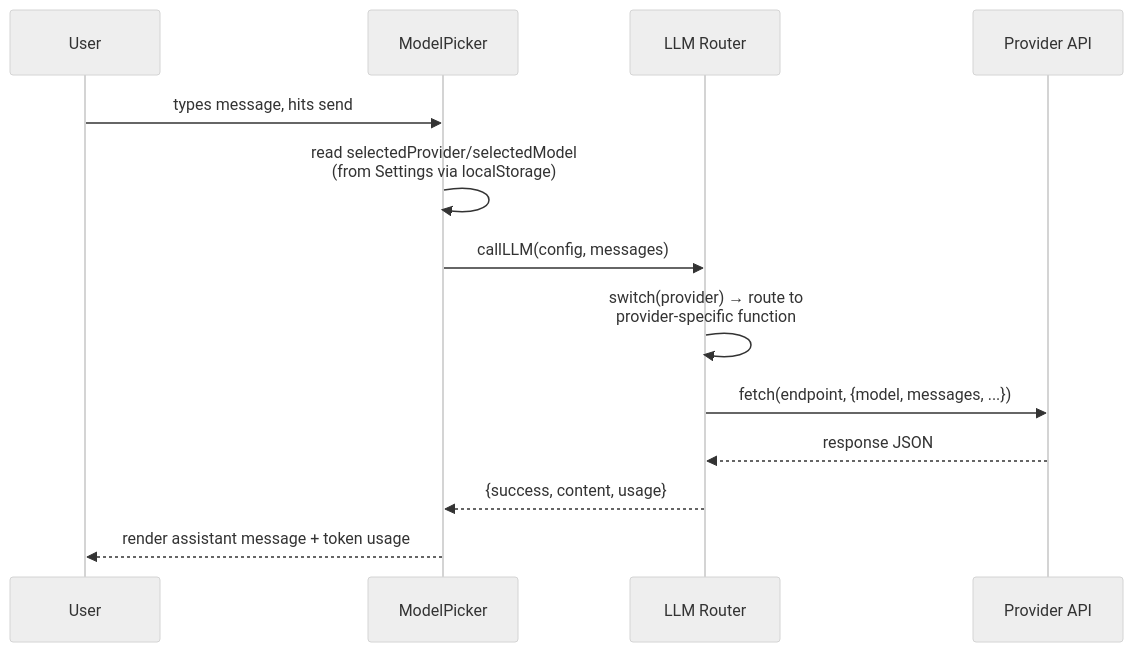
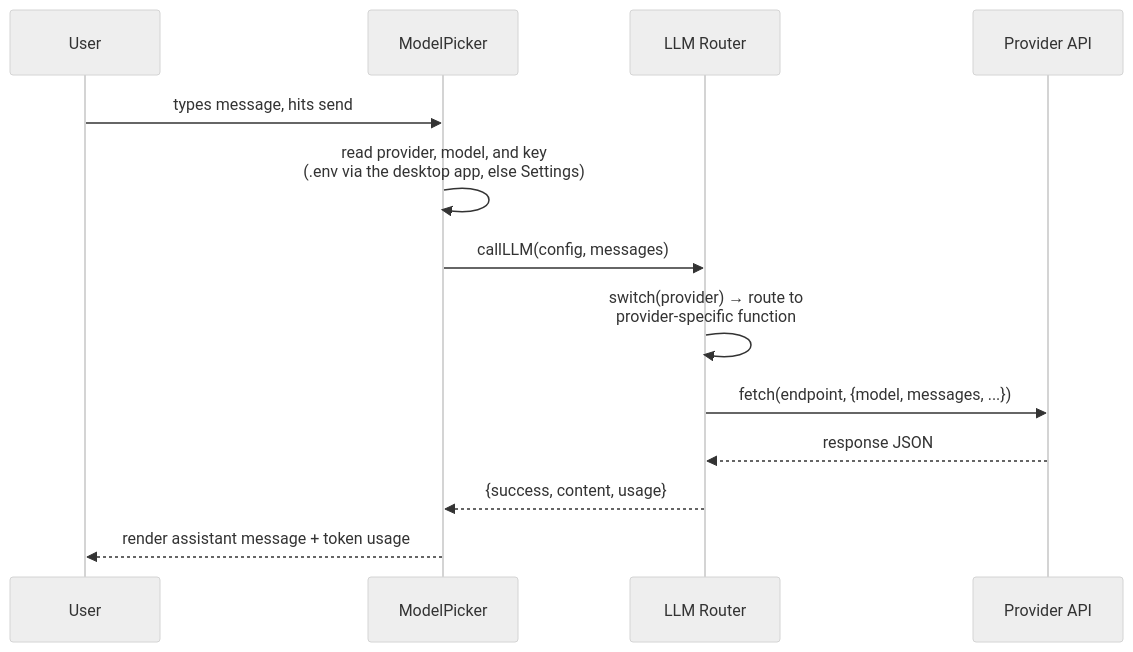
Before and after one commit to jacobcowanr/ValhallaAI: the second of 5 diagrams in ARCHITECTURE.md, drawn with Mermaid (neutral theme). The commit also changed other lines of this file and 5 other files, not shown here.

````diff
--- a/ARCHITECTURE.md
+++ b/ARCHITECTURE.md
@@ -144,16 +144,16 @@
 ```mermaid
 sequenceDiagram
     participant U as User
     participant MP as ModelPicker
     participant R as LLM Router
     participant P as Provider API
 
     U->>MP: types message, hits send
-    MP->>MP: read selectedProvider/selectedModel<br/>(from Settings via localStorage)
+    MP->>MP: read provider, model, and key<br/>(.env via the desktop app, else Settings)
     MP->>R: callLLM(config, messages)
     R->>R: switch(provider) → route to<br/>provider-specific function
     R->>P: fetch(endpoint, {model, messages, ...})
     P-->>R: response JSON
     R-->>MP: {success, content, usage}
     MP-->>U: render assistant message + token usage
 ```
````
